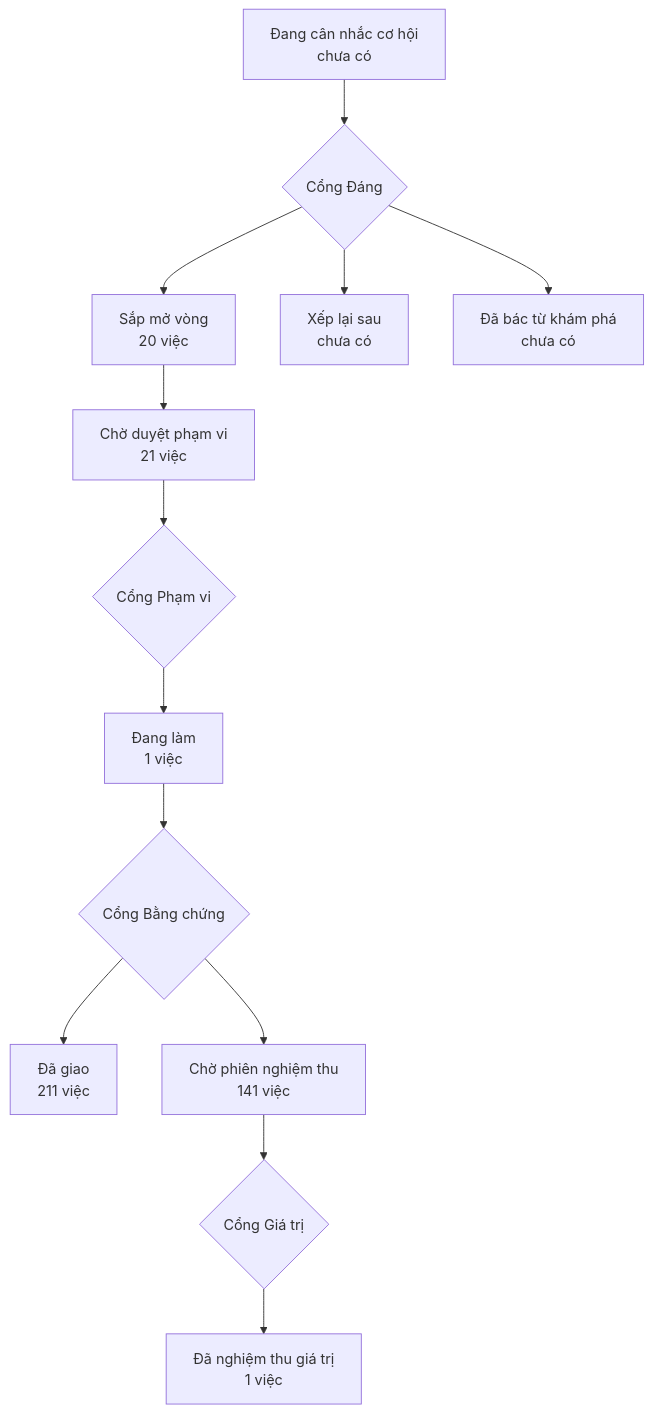
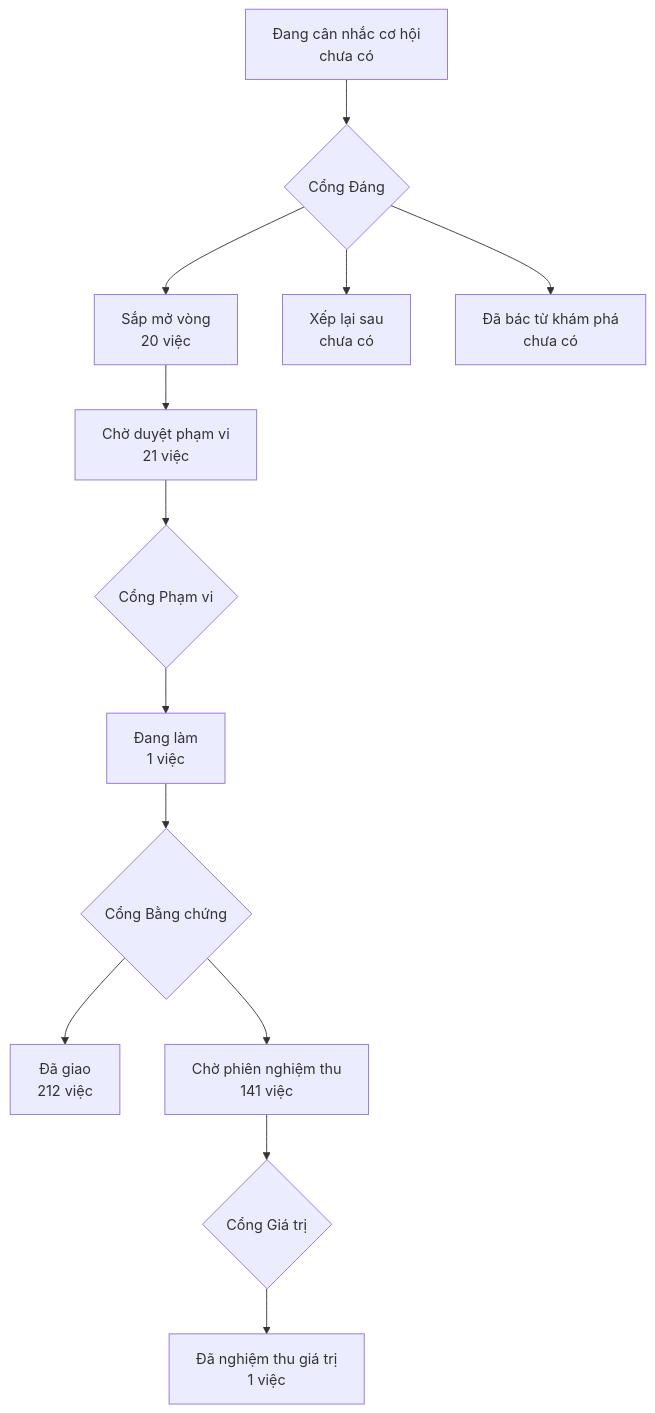
One commit to phanlemanh/onehub-invest changed the diagram in PRODUCT-MAP.md. Above: the diagram before and after it, drawn with Mermaid. The commit also changed other lines of this file and 2 other files, not shown here.

Commit message:
docs(acceptance): NK1 so-nguon-kho-khai-bao S3 xong — implemented

````diff
--- a/PRODUCT-MAP.md
+++ b/PRODUCT-MAP.md
@@ -7,12 +7,12 @@
 ```mermaid
 flowchart TD
   A["Đang cân nhắc cơ hội<br/>chưa có"] --> GD{"Cổng Đáng"}
   GD --> B["Sắp mở vòng<br/>20 việc"]
   GD --> XL["Xếp lại sau<br/>chưa có"]
   GD --> DB["Đã bác từ khám phá<br/>chưa có"]
   B --> CD["Chờ duyệt phạm vi<br/>21 việc"] --> GP{"Cổng Phạm vi"}
   GP --> DL["Đang làm<br/>1 việc"] --> GB{"Cổng Bằng chứng"}
-  GB --> DG["Đã giao<br/>211 việc"]
+  GB --> DG["Đã giao<br/>212 việc"]
   GB --> CN["Chờ phiên nghiệm thu<br/>141 việc"] --> GG{"Cổng Giá trị"}
   GG --> NT["Đã nghiệm thu giá trị<br/>1 việc"]
 ```
````
